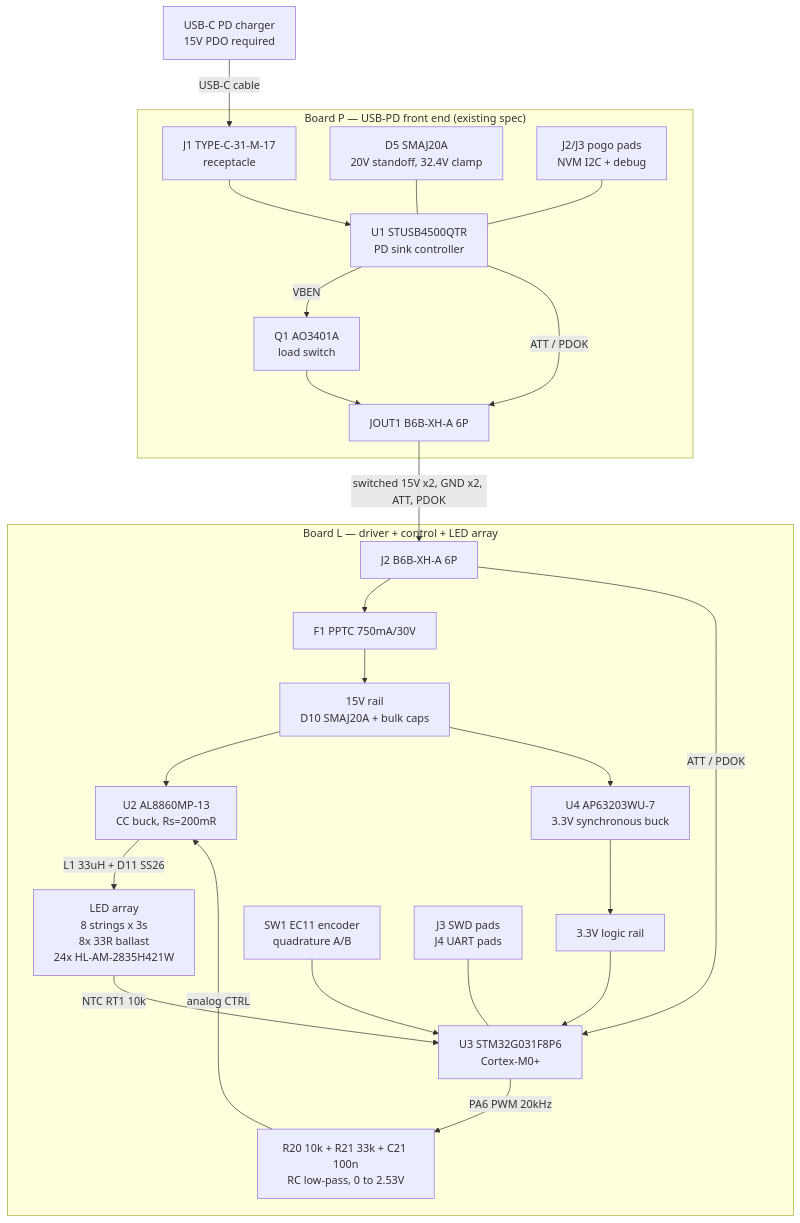
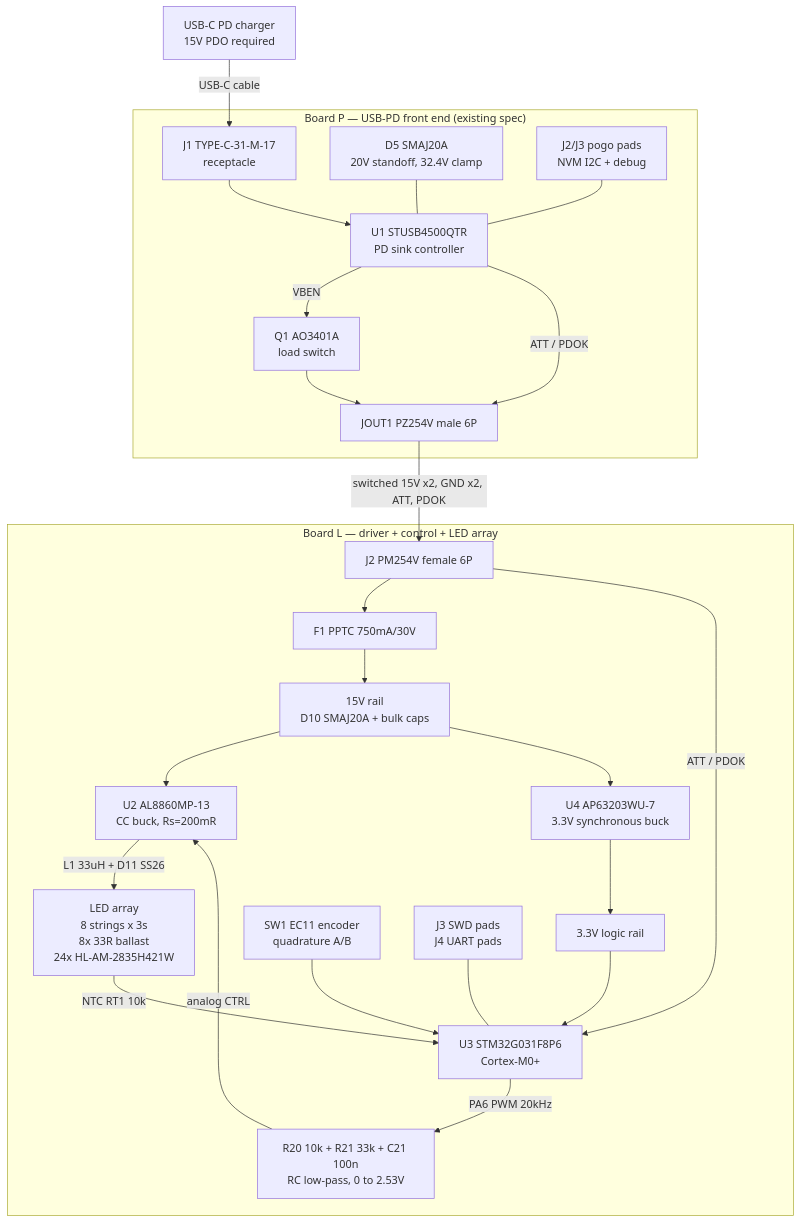
Before and after one commit to Takazudo/zudo-led-lamp: the diagram in doc/src/content/docs/architecture/overview.mdx, drawn with Mermaid. The commit also changed other lines of this file and 101 other files, not shown here.

````diff
--- a/doc/src/content/docs/architecture/overview.mdx
+++ b/doc/src/content/docs/architecture/overview.mdx
@@ -41,49 +41,49 @@
 ```mermaid
 flowchart TD;
   CHG["USB-C PD charger\n15V PDO required"];
 
   subgraph BP["Board P — USB-PD front end (existing spec)"];
     J1["J1 TYPE-C-31-M-17\nreceptacle"];
     U1["U1 STUSB4500QTR\nPD sink controller"];
     Q1["Q1 AO3401A\nload switch"];
     D5["D5 SMAJ20A\n20V standoff, 32.4V clamp"];
     J2P["J2/J3 pogo pads\nNVM I2C + debug"];
-    JOUT1["JOUT1 B6B-XH-A 6P"];
+    JOUT1["JOUT1 PZ254V male 6P"];
     J1 --> U1;
     U1 -->|"VBEN"| Q1;
     D5 --- U1;
     J2P --- U1;
     Q1 --> JOUT1;
     U1 -->|"ATT / PDOK"| JOUT1;
   end;
 
   subgraph BL["Board L — driver + control + LED array"];
-    J2L["J2 B6B-XH-A 6P"];
+    J2L["J2 PM254V female 6P"];
     F1["F1 PPTC 750mA/30V"];
     V15["15V rail\nD10 SMAJ20A + bulk caps"];
     U2["U2 AL8860MP-13\nCC buck, Rs=200mR"];
     ARR["LED array\n8 strings x 3s\n8x 33R ballast\n24x HL-AM-2835H421W"];
     U4["U4 AP63203WU-7\n3.3V synchronous buck"];
     V33["3.3V logic rail"];
     U3["U3 STM32G031F8P6\nCortex-M0+"];
     SW1["SW1 EC11 encoder\nquadrature A/B"];
     RC["R20 10k + R21 33k + C21 100n\nRC low-pass, 0 to 2.53V"];
     J3L["J3 SWD pads\nJ4 UART pads"];
     J2L --> F1;
     F1 --> V15;
     V15 --> U2;
     U2 -->|"L1 33uH + D11 SS26"| ARR;
     ARR -->|"NTC RT1 10k"| U3;
     V15 --> U4;
     U4 --> V33;
     V33 --> U3;
     SW1 --> U3;
     U3 -->|"PA6 PWM 20kHz"| RC;
     RC -->|"analog CTRL"| U2;
     J3L --- U3;
     J2L -->|"ATT / PDOK"| U3;
   end;
 
   CHG -->|"USB-C cable"| J1;
   JOUT1 -->|"switched 15V x2, GND x2, ATT, PDOK"| J2L;
 ```
````
